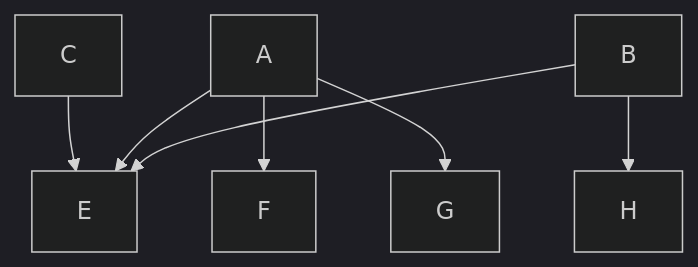
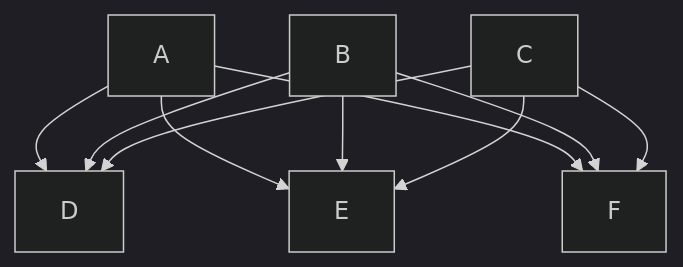
One commit to GeertBosch/mdcat changed the tenth of 10 diagrams in tests/mermaid-routing.md. Above: the diagram before and after it, drawn with Mermaid (dark theme). The commit also changed other lines of this file and 13 other files, not shown here.

Commit message:
Share Mermaid ports only in a single split or merge, so buses never imply links

````diff
--- a/tests/mermaid-routing.md
+++ b/tests/mermaid-routing.md
@@ -120,9 +158,12 @@
 ```mermaid
 graph TD
+    A --> D
+    A --> E
+    A --> F
+    B --> D
+    B --> E
+    B --> F
+    C --> D
     C --> E
-    A --> F
-    A --> G
-    A --> E
-    B --> E
-    B --> H
+    C --> F
 ```
````
